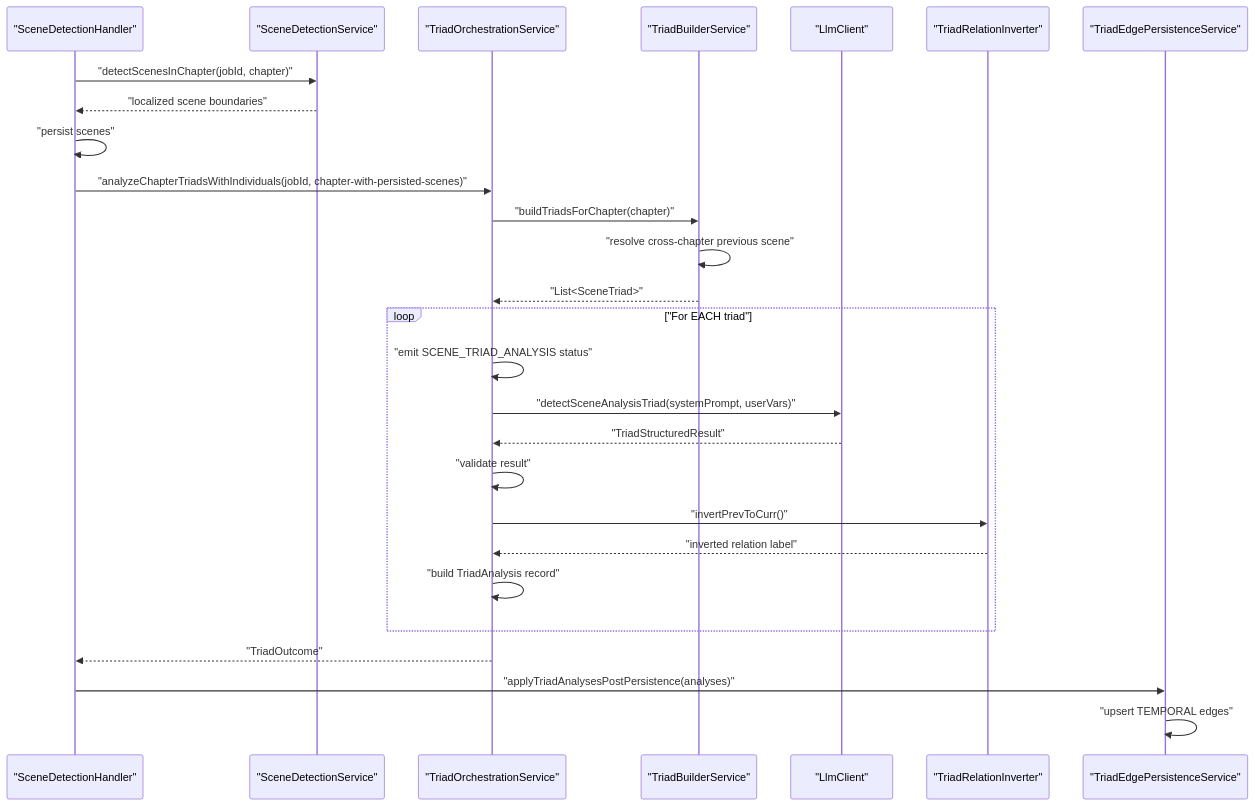
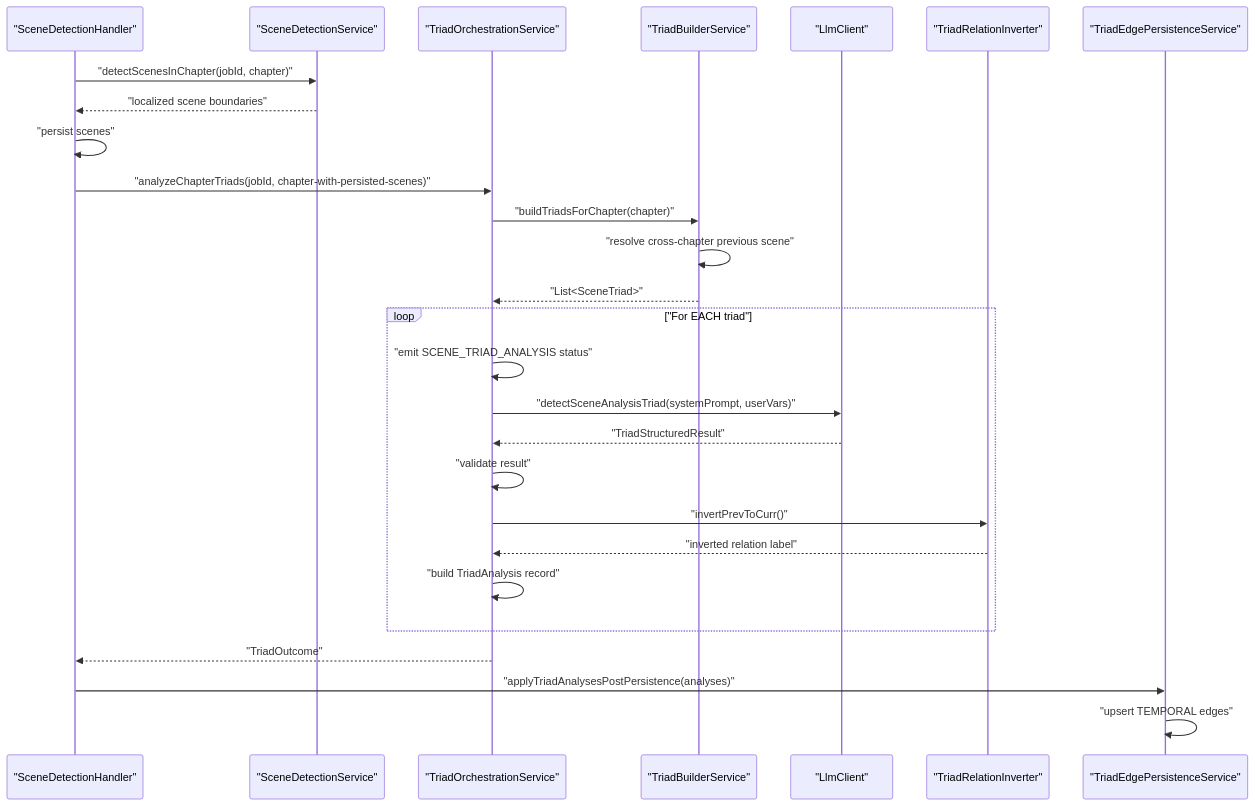
The second of 2 diagrams in docs/patterns/ingestion/triad-analysis.md (chaixdev/lorevault-kb), drawn with Mermaid before and after one commit. The commit also changed 81 other files, not shown here.

````diff
--- a/docs/patterns/ingestion/triad-analysis.md
+++ b/docs/patterns/ingestion/triad-analysis.md
@@ -30,30 +30,30 @@
 ```mermaid
 sequenceDiagram
     participant SDH as "SceneDetectionHandler"
     participant SDS as "SceneDetectionService"
     participant TOS as "TriadOrchestrationService"
     participant TBS as "TriadBuilderService"
     participant SDC as "LlmClient"
     participant TRI as "TriadRelationInverter"
     participant TEPS as "TriadEdgePersistenceService"
 
     SDH->>SDS: "detectScenesInChapter(jobId, chapter)"
     SDS-->>SDH: "localized scene boundaries"
     SDH->>SDH: "persist scenes"
-    SDH->>TOS: "analyzeChapterTriadsWithIndividuals(jobId, chapter-with-persisted-scenes)"
+    SDH->>TOS: "analyzeChapterTriads(jobId, chapter-with-persisted-scenes)"
     TOS->>TBS: "buildTriadsForChapter(chapter)"
     TBS->>TBS: "resolve cross-chapter previous scene"
     TBS-->>TOS: "List<SceneTriad>"
     loop "For EACH triad"
         TOS->>TOS: "emit SCENE_TRIAD_ANALYSIS status"
         TOS->>SDC: "detectSceneAnalysisTriad(systemPrompt, userVars)"
         SDC-->>TOS: "TriadStructuredResult"
         TOS->>TOS: "validate result"
         TOS->>TRI: "invertPrevToCurr()"
         TRI-->>TOS: "inverted relation label"
         TOS->>TOS: "build TriadAnalysis record"
     end
     TOS-->>SDH: "TriadOutcome"
     SDH->>TEPS: "applyTriadAnalysesPostPersistence(analyses)"
     TEPS->>TEPS: "upsert TEMPORAL edges"
 ```
````
